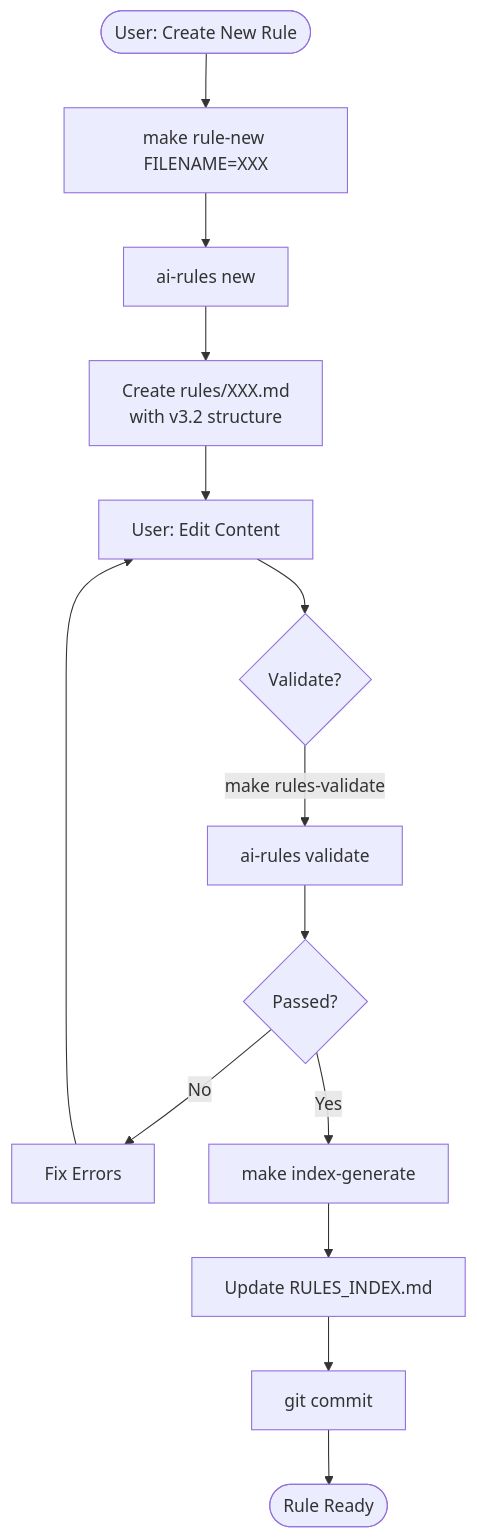
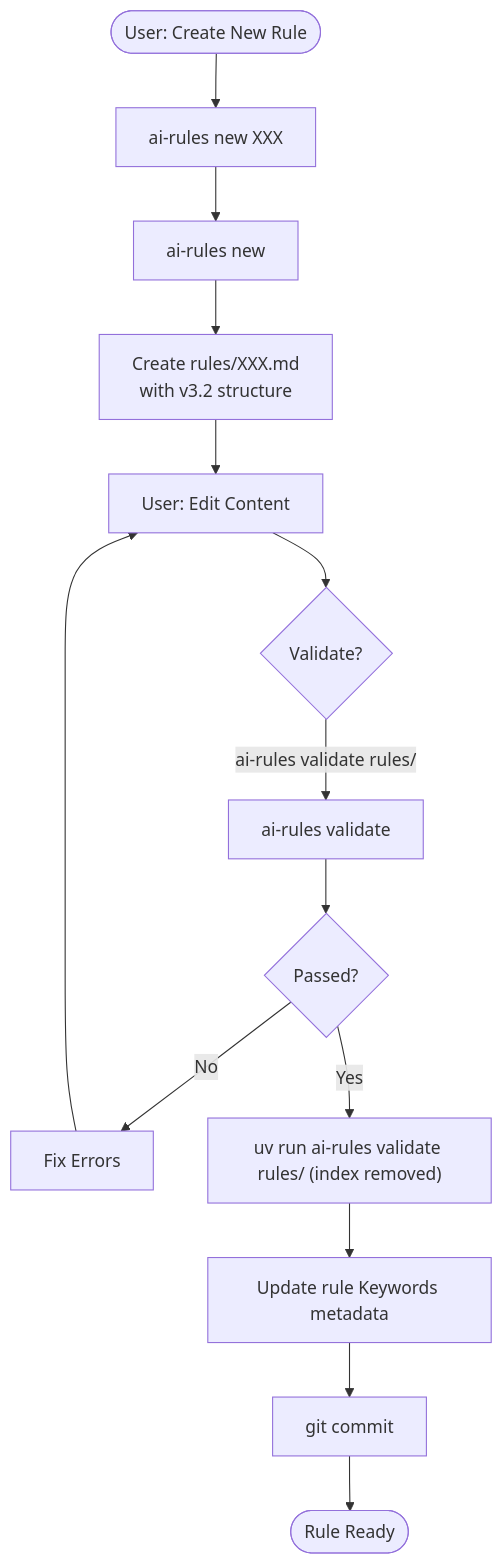
The first of 2 diagrams in docs/ARCHITECTURE.md (sfc-gh-myoung/ai_coding_rules), drawn with Mermaid before and after one commit. The commit also changed other lines of this file and 12 other files, not shown here.

First line of the commit message:
docs: update architecture, add dev CLI guide, refresh project docs

````diff
--- a/docs/ARCHITECTURE.md
+++ b/docs/ARCHITECTURE.md
@@ -373,16 +376,16 @@
 ```mermaid
 flowchart TD
     Start([User: Create New Rule]) --> Generate
-    Generate[make rule-new FILENAME=XXX] --> Template
+    Generate["ai-rules new XXX"] --> Template
     Template[ai-rules new] --> Create[Create rules/XXX.md<br/>with v3.2 structure]
     Create --> Edit[User: Edit Content]
     Edit --> Validate{Validate?}
-    Validate -->|make rules-validate| SchemaVal[ai-rules validate]
+    Validate -->|"ai-rules validate rules/"| SchemaVal[ai-rules validate]
     SchemaVal --> Pass{Passed?}
     Pass -->|No| Fix[Fix Errors]
     Fix --> Edit
-    Pass -->|Yes| Index[make index-generate]
-    Index --> UpdateIndex[Update RULES_INDEX.md]
+    Pass -->|Yes| Index["uv run ai-rules validate rules/ (index removed)"]
+    Index --> UpdateIndex[Update rule Keywords metadata]
     UpdateIndex --> Commit[git commit]
     Commit --> End([Rule Ready])
 ```
````
